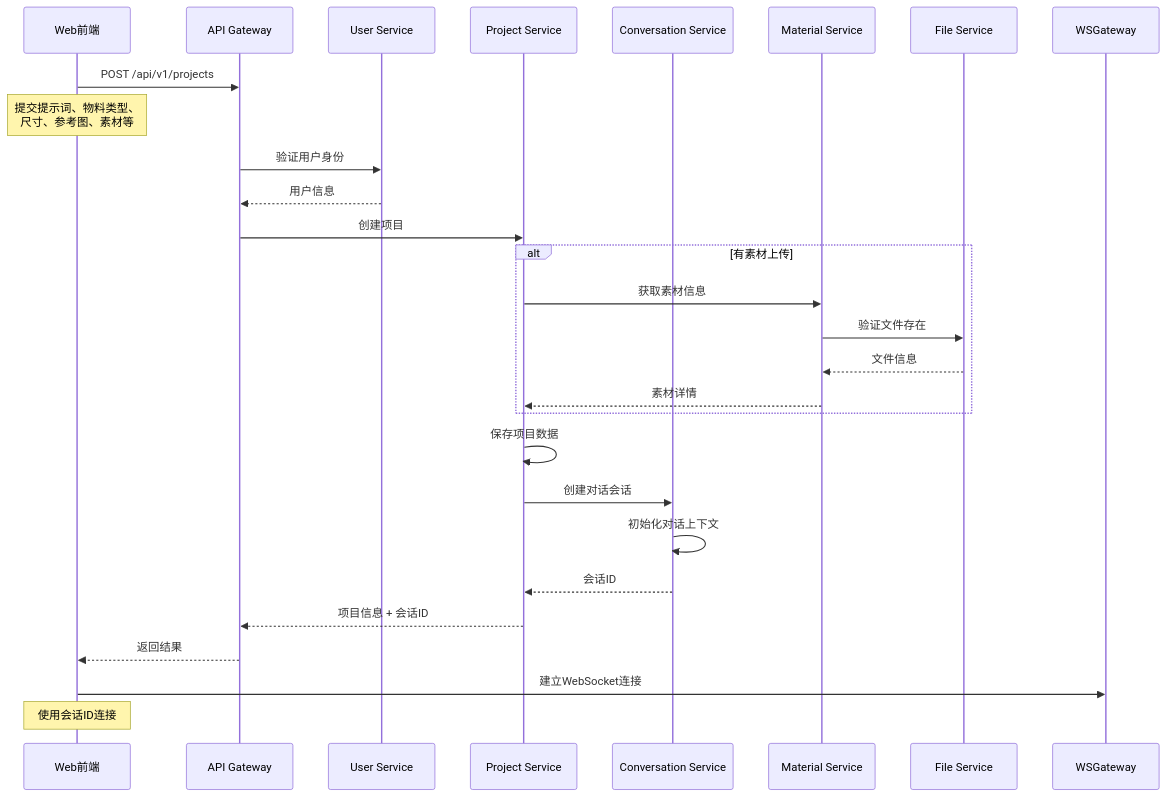
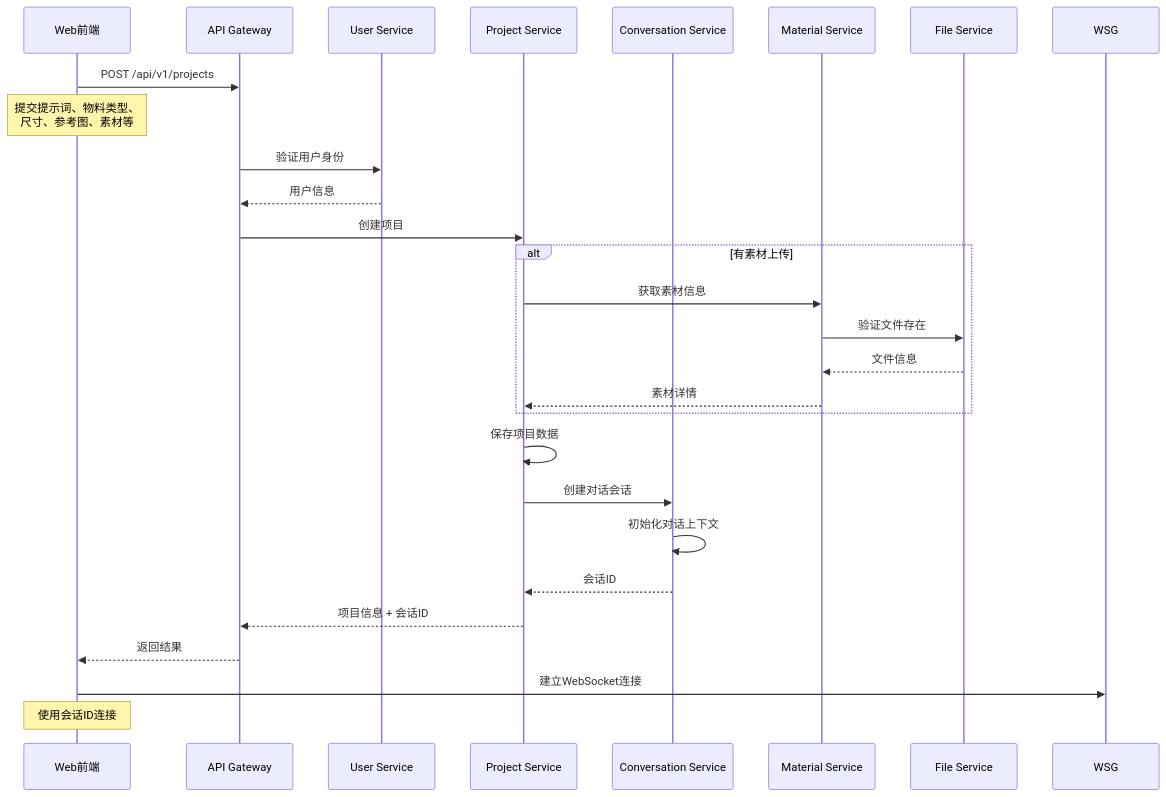
Before and after one commit to cmk2003/cursor-work: the second of 9 diagrams in image-text-design-agent/docs/architecture/service-interaction-flow.md, drawn with Mermaid. The commit also changed other lines of this file and 1 other file, not shown here.

Commit message:
Update service interaction docs with simplified architecture diagram

````diff
--- a/image-text-design-agent/docs/architecture/service-interaction-flow.md
+++ b/image-text-design-agent/docs/architecture/service-interaction-flow.md
@@ -97,36 +97,36 @@
 ```mermaid
 sequenceDiagram
     participant Web as Web前端
     participant GW as API Gateway
     participant US as User Service
     participant PS as Project Service
     participant CS as Conversation Service
     participant MS as Material Service
     participant FS as File Service
     
     Web->>GW: POST /api/v1/projects
     Note over Web: 提交提示词、物料类型、<br/>尺寸、参考图、素材等
     
     GW->>US: 验证用户身份
     US-->>GW: 用户信息
     
     GW->>PS: 创建项目
     
     alt 有素材上传
         PS->>MS: 获取素材信息
         MS->>FS: 验证文件存在
         FS-->>MS: 文件信息
         MS-->>PS: 素材详情
     end
     
     PS->>PS: 保存项目数据
     PS->>CS: 创建对话会话
     CS->>CS: 初始化对话上下文
     CS-->>PS: 会话ID
     
     PS-->>GW: 项目信息 + 会话ID
     GW-->>Web: 返回结果
     
-    Web->>WSGateway: 建立WebSocket连接
+    Web->>WSG: 建立WebSocket连接
     Note over Web: 使用会话ID连接
 ```
````
